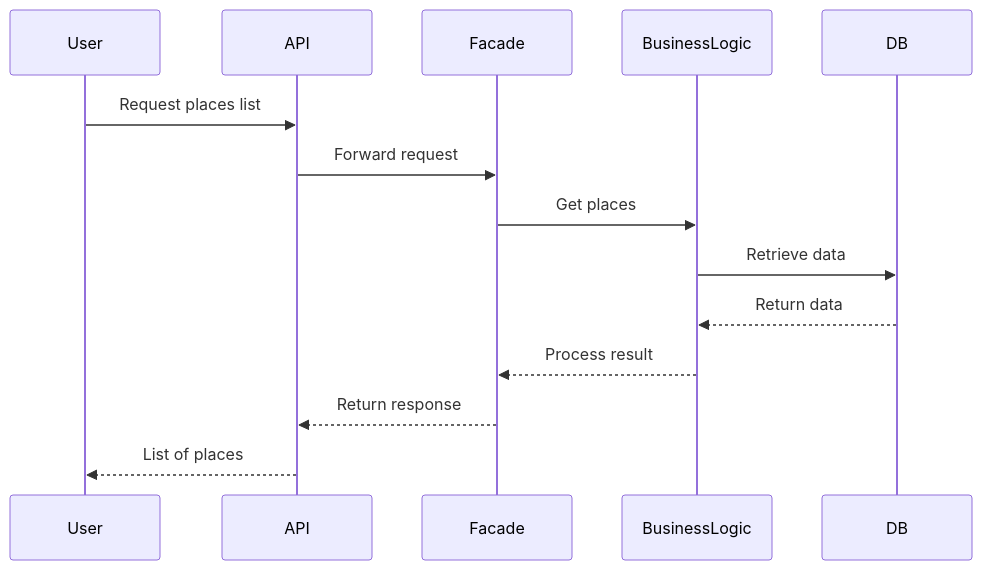
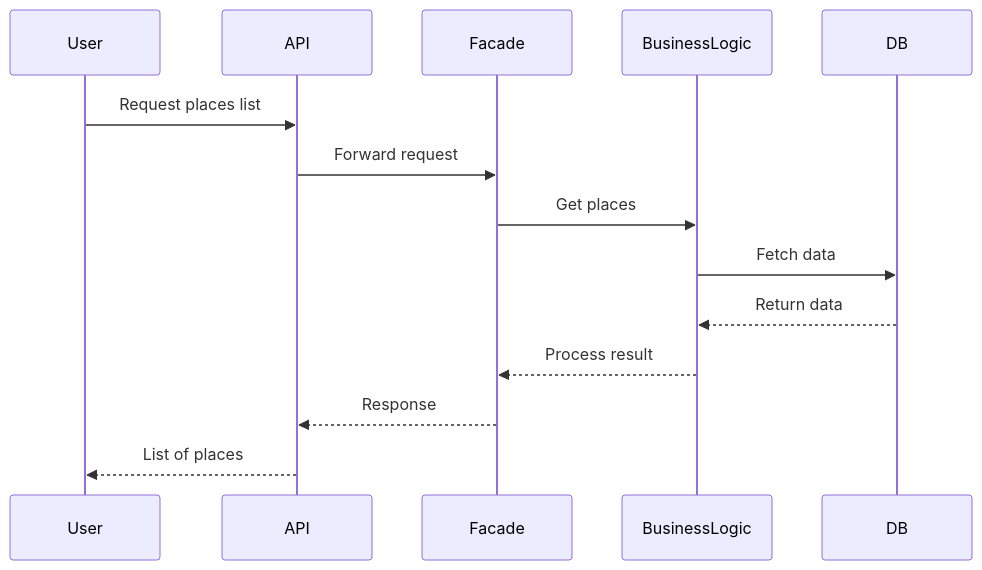
One commit to niceehi/holbertonschool-hbnb changed the fifth of 5 diagrams in part1/README.md. Above: the diagram before and after it, drawn with Mermaid. The commit also changed other lines of this file, not shown here.

````diff
--- a/part1/README.md
+++ b/part1/README.md
@@ -287,17 +304,17 @@
 ```mermaid
 sequenceDiagram
 participant User
 participant API
 participant Facade
 participant BusinessLogic
 participant DB
 
 User->>API: Request places list
 API->>Facade: Forward request
 Facade->>BusinessLogic: Get places
-BusinessLogic->>DB: Retrieve data
+BusinessLogic->>DB: Fetch data
 DB-->>BusinessLogic: Return data
 BusinessLogic-->>Facade: Process result
-Facade-->>API: Return response
+Facade-->>API: Response
 API-->>User: List of places
 ```
````
